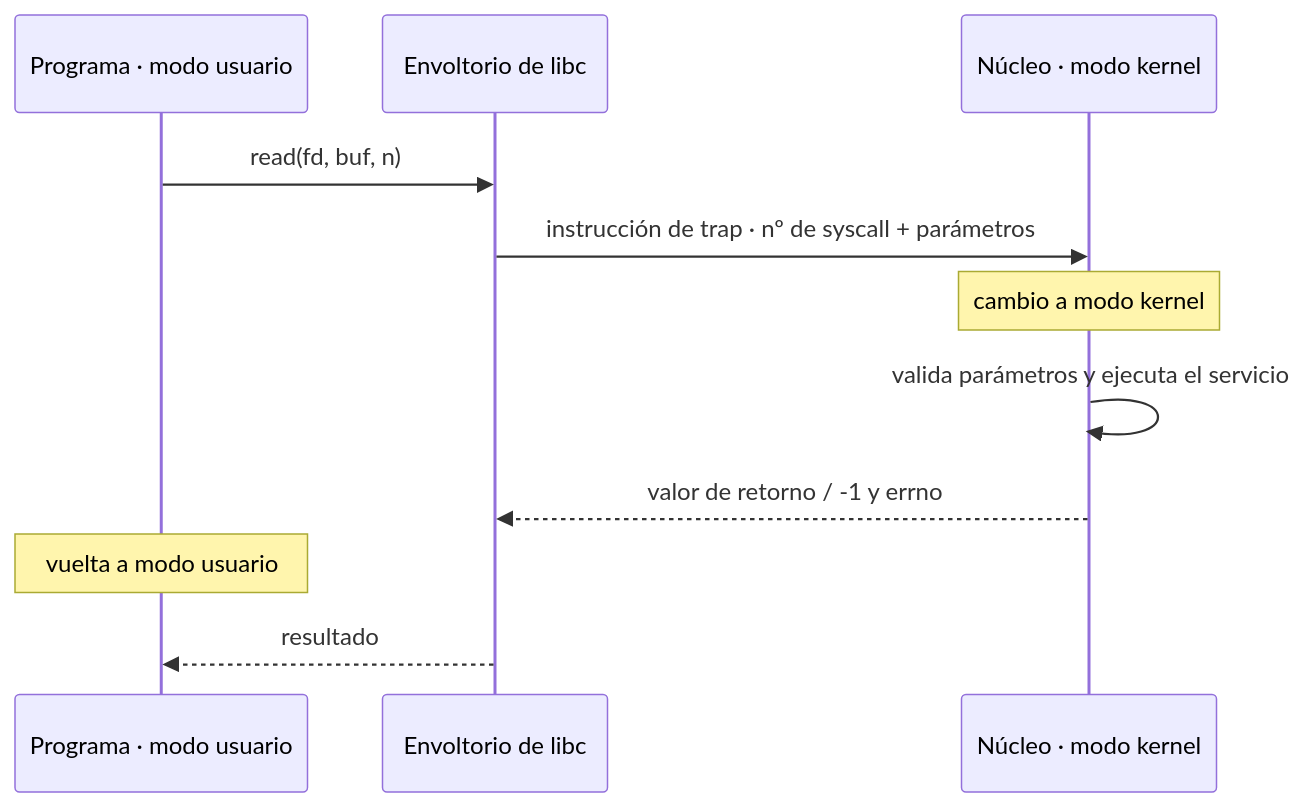
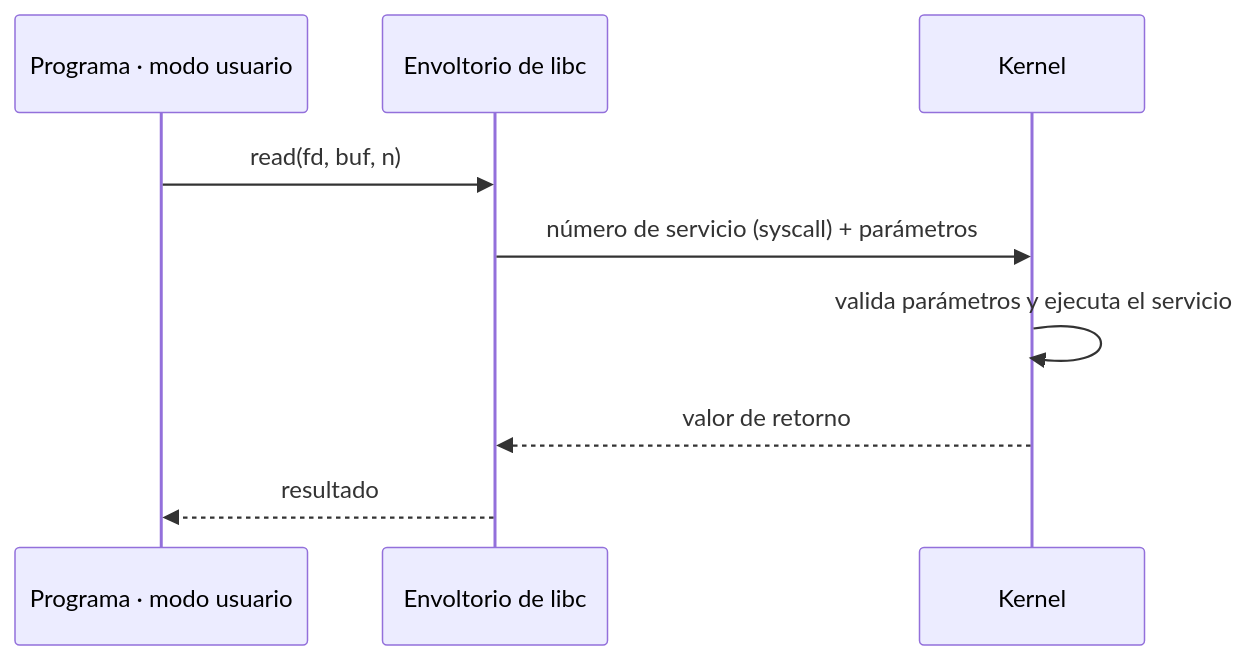
One commit to asiermarzo/ssoo changed the second of 2 diagrams in TEORIA/02-espacio-usuario-espacio-kernel/README.md. Above: the diagram before and after it, drawn with Mermaid. The commit also changed other lines of this file and 18 other files, not shown here.

````diff
--- a/TEORIA/02-espacio-usuario-espacio-kernel/README.md
+++ b/TEORIA/02-espacio-usuario-espacio-kernel/README.md
@@ -53,13 +60,12 @@
 ```mermaid
 sequenceDiagram
     participant U as Programa · modo usuario
     participant W as Envoltorio de libc
-    participant K as Núcleo · modo kernel
+    participant K as Kernel
+
     U->>W: read(fd, buf, n)
-    W->>K: instrucción de trap · nº de syscall + parámetros
-    Note over K: cambio a modo kernel
+    W->>K: número de servicio (syscall) + parámetros
     K->>K: valida parámetros y ejecuta el servicio
-    K-->>W: valor de retorno / -1 y errno
-    Note over U: vuelta a modo usuario
+    K-->>W: valor de retorno
     W-->>U: resultado
 ```
````
